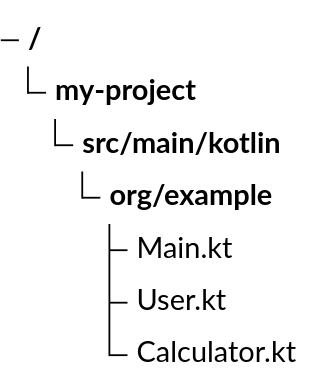
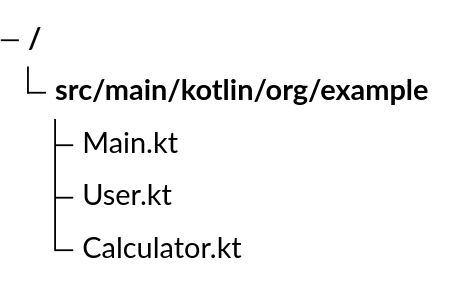
One commit to volsss/docmanager changed the third of 7 diagrams in docs/lab5/gradle-1.md. Above: the diagram before and after it, drawn with Mermaid (forest theme). The commit also changed other lines of this file and 4 other files, not shown here.

````diff
--- a/docs/lab5/gradle-1.md
+++ b/docs/lab5/gradle-1.md
@@ -11,9 +320,7 @@
 ```mermaid
 treeView-beta
-    my-project/
-        src/main/kotlin/
-            org/example/
-                Main.kt
-                User.kt
-                Calculator.kt
+src/main/kotlin/org/example/
+├── Main.kt
+├── User.kt
+└── Calculator.kt
 ```
````
